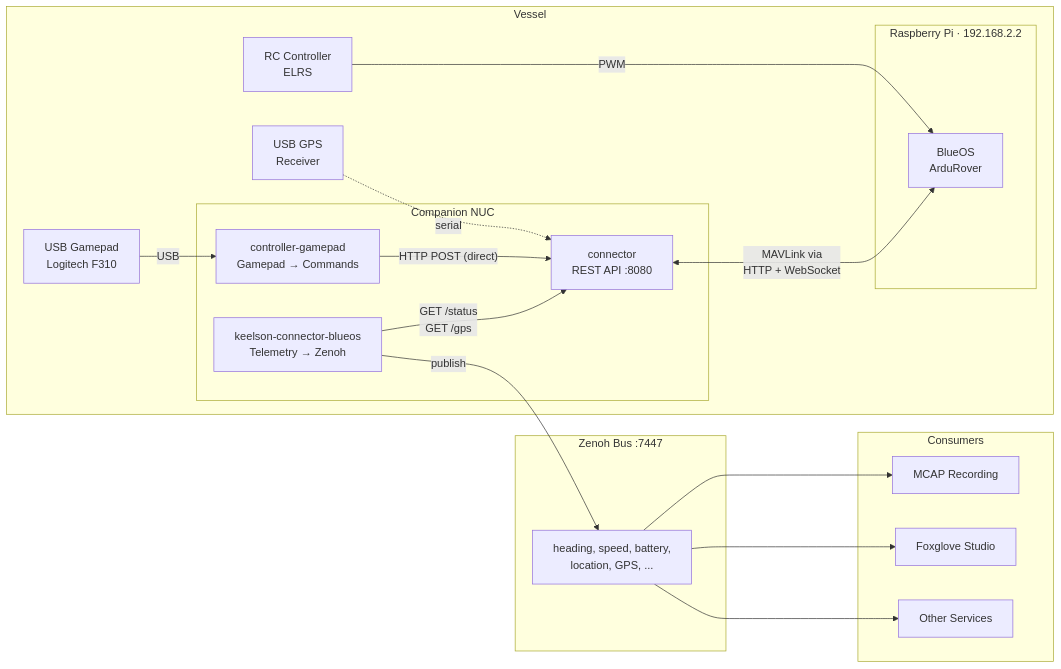
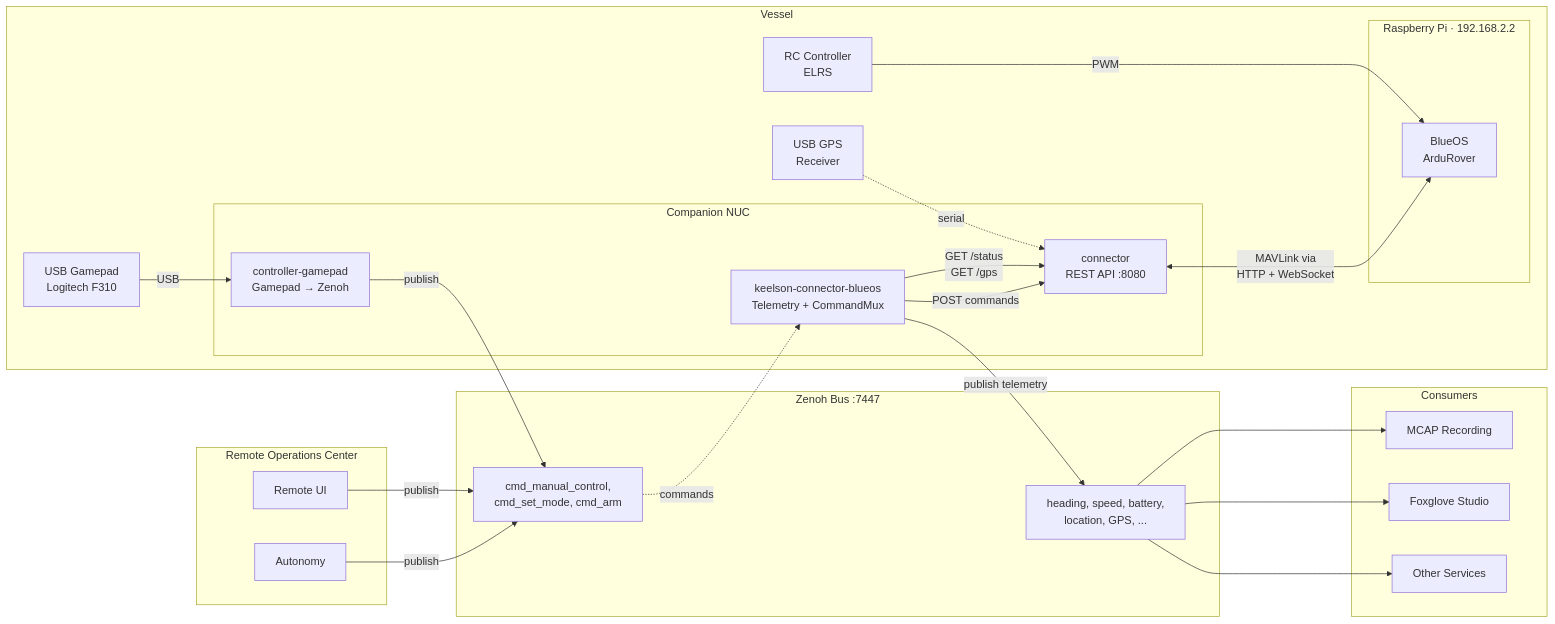
One commit to RISEMaxF/ssrsblue changed the first of 2 diagrams in README.md. Above: the diagram before and after it, drawn with Mermaid. The commit also changed other lines of this file and 5 other files, not shown here.

First line of the commit message:
Add command arbitration via Zenoh CommandMux

````diff
--- a/README.md
+++ b/README.md
@@ -7,40 +7,50 @@
 ```mermaid
 graph LR
     subgraph Vessel
         RC[RC Controller<br/>ELRS]
         GPS[USB GPS<br/>Receiver]
         Gamepad[USB Gamepad<br/>Logitech F310]
 
         subgraph RPi [Raspberry Pi · 192.168.2.2]
             BlueOS[BlueOS<br/>ArduRover]
         end
 
         subgraph NUC [Companion NUC]
             Conn[connector<br/>REST API :8080]
-            KC[keelson-connector-blueos<br/>Telemetry → Zenoh]
-            GC[controller-gamepad<br/>Gamepad → Commands]
+            KC[keelson-connector-blueos<br/>Telemetry + CommandMux]
+            GC[controller-gamepad<br/>Gamepad → Zenoh]
         end
 
         RC --->|PWM| BlueOS
         GPS -.->|serial| Conn
         Gamepad -->|USB| GC
     end
 
     subgraph Zenoh [Zenoh Bus :7447]
-        Topics[heading, speed, battery,<br/>location, GPS, ...]
+        Telemetry[heading, speed, battery,<br/>location, GPS, ...]
+        Commands[cmd_manual_control,<br/>cmd_set_mode, cmd_arm]
+    end
+
+    subgraph ROC [Remote Operations Center]
+        RemoteUI[Remote UI]
+        Autonomy[Autonomy]
     end
 
     subgraph Consumers
         MCAP[MCAP Recording]
         Fox[Foxglove Studio]
         Svc[Other Services]
     end
 
     Conn <-->|MAVLink via<br/>HTTP + WebSocket| BlueOS
-    GC -->|"HTTP POST (direct)"| Conn
     KC -->|GET /status<br/>GET /gps| Conn
-    KC -->|publish| Topics
-    Topics --> MCAP
-    Topics --> Fox
-    Topics --> Svc
+    KC -->|POST commands| Conn
+    KC -->|publish telemetry| Telemetry
+    Commands -.->|commands| KC
+    GC -->|publish| Commands
+    RemoteUI -->|publish| Commands
+    Autonomy -->|publish| Commands
+    Telemetry --> MCAP
+    Telemetry --> Fox
+    Telemetry --> Svc
 ```
````
